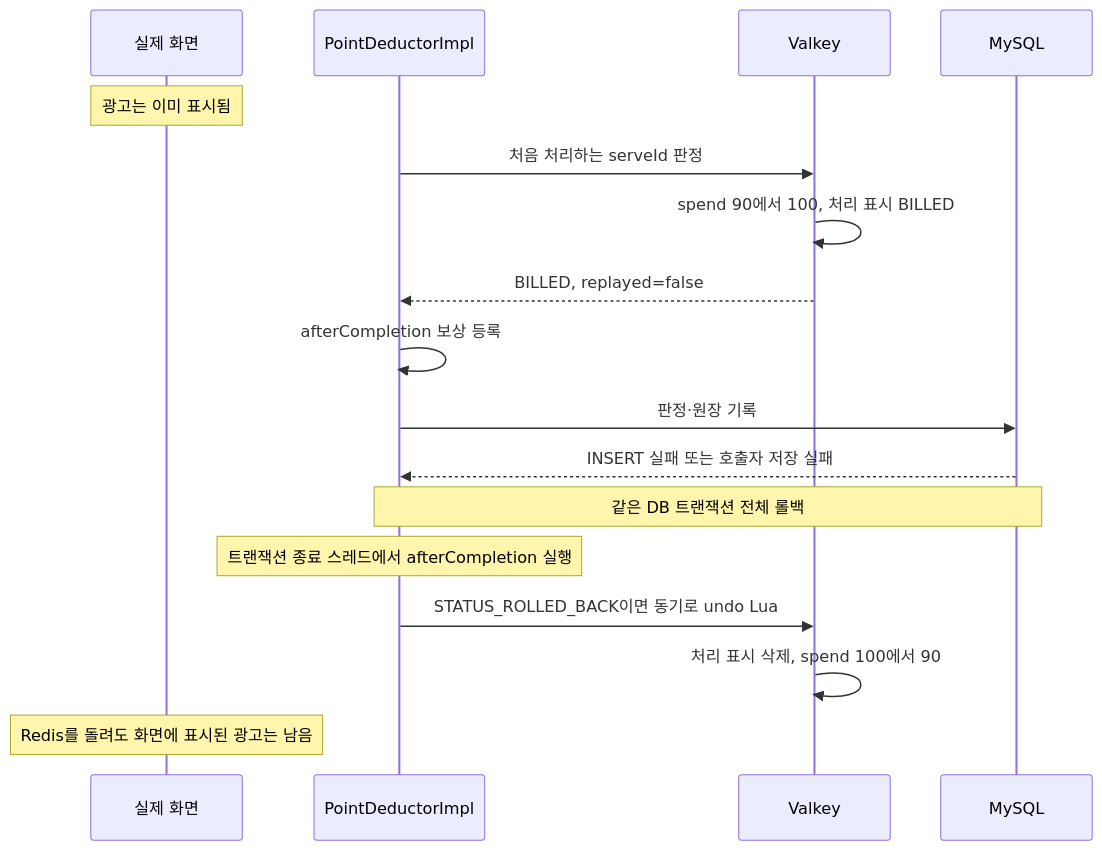
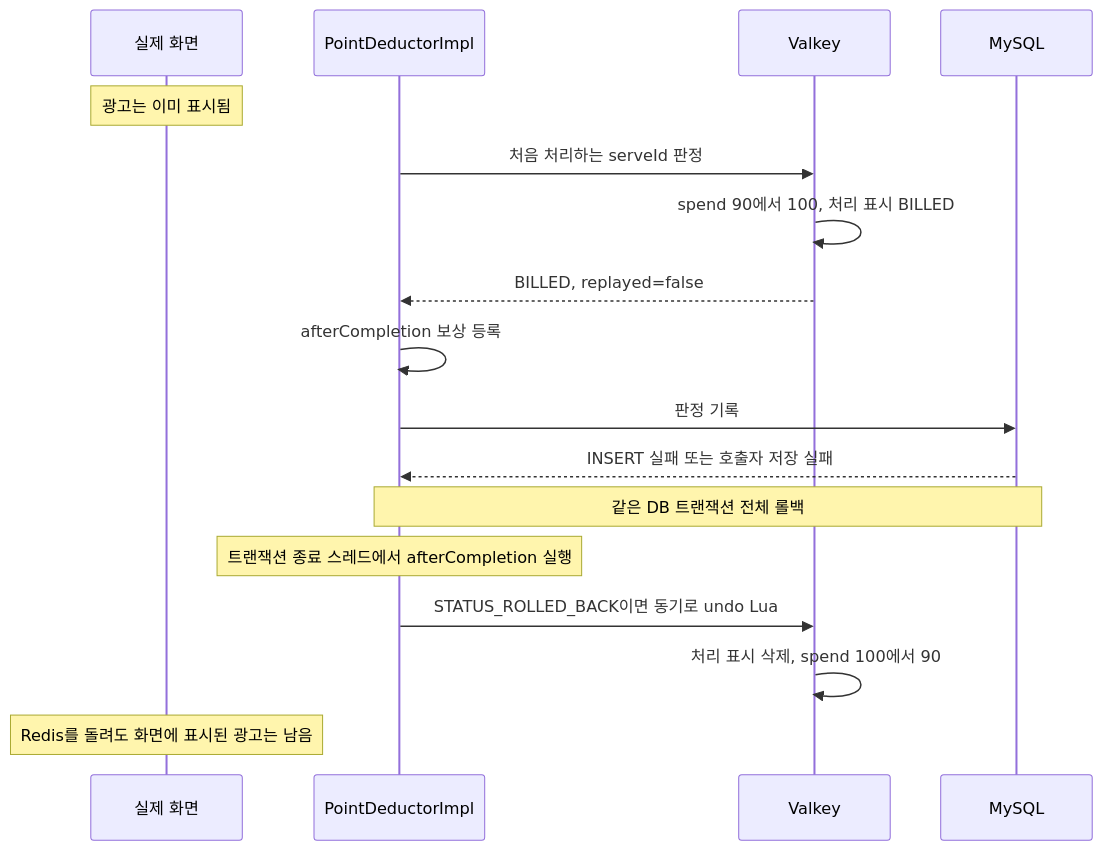
Before and after one commit to lunch-catch/lc-backend: the diagram in docs/design/billing/billing_장애_처리_설계.md, drawn with Mermaid. The commit also changed other lines of this file and 11 other files, not shown here.

````diff
--- a/docs/design/billing/billing_장애_처리_설계.md
+++ b/docs/design/billing/billing_장애_처리_설계.md
@@ -86,19 +86,19 @@
 ```mermaid
 sequenceDiagram
     participant C as 실제 화면
     participant B as PointDeductorImpl
     participant R as Valkey
     participant D as MySQL
     Note over C: 광고는 이미 표시됨
     B->>R: 처음 처리하는 serveId 판정
     R->>R: spend 90에서 100, 처리 표시 BILLED
     R-->>B: BILLED, replayed=false
     B->>B: afterCompletion 보상 등록
-    B->>D: 판정·원장 기록
+    B->>D: 판정 기록
     D-->>B: INSERT 실패 또는 호출자 저장 실패
     Note over B,D: 같은 DB 트랜잭션 전체 롤백
     Note over B: 트랜잭션 종료 스레드에서 afterCompletion 실행
     B->>R: STATUS_ROLLED_BACK이면 동기로 undo Lua
     R->>R: 처리 표시 삭제, spend 100에서 90
     Note over C: Redis를 돌려도 화면에 표시된 광고는 남음
 ```
````
